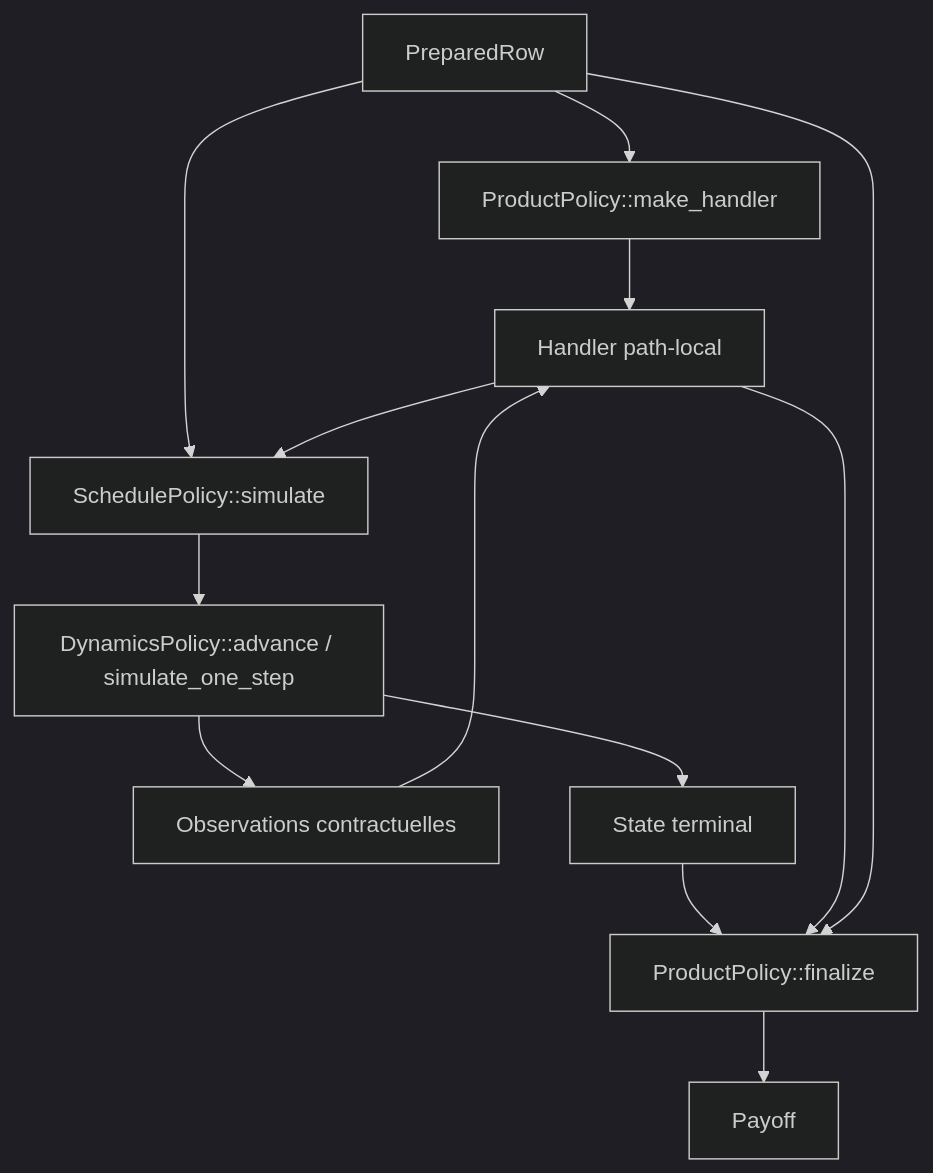
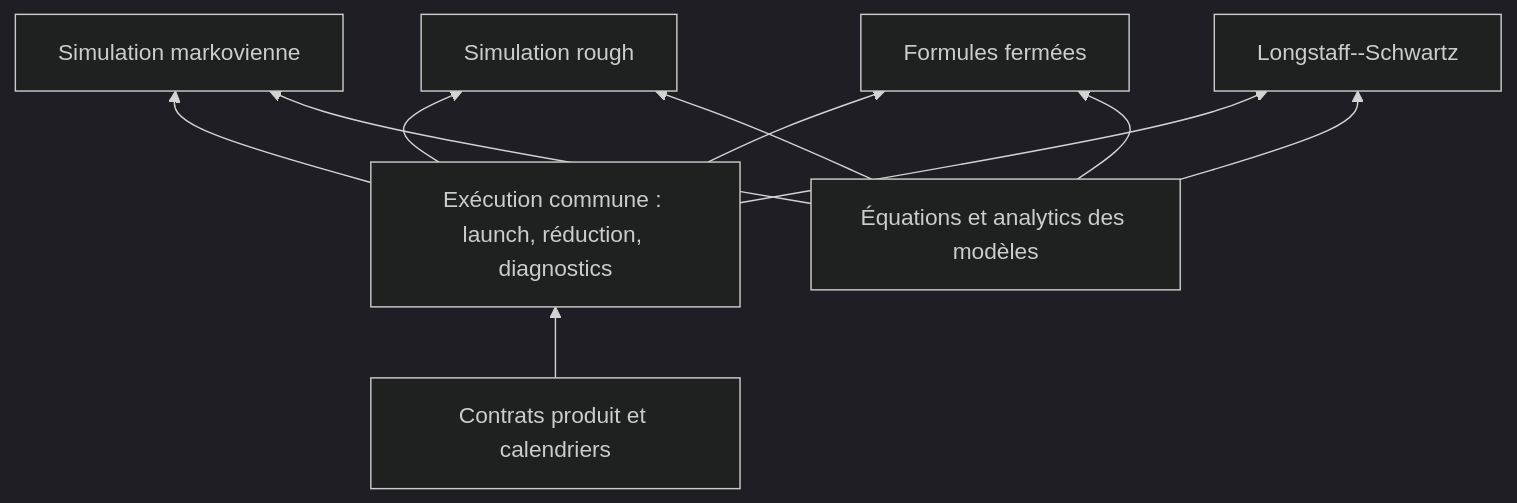
The first of 3 diagrams in docs/cuda/pricing-policy-composition.md (AurelienGrenard/AI_factory), drawn with Mermaid (dark theme) before and after one commit. The commit also changed other lines of this file and 2469 other files, not shown here.

````diff
--- a/docs/cuda/pricing-policy-composition.md
+++ b/docs/cuda/pricing-policy-composition.md
@@ -460,15 +18,20 @@
 ```mermaid
-flowchart TD
-    ROW[PreparedRow] --> H[ProductPolicy::make_handler]
-    H --> HANDLER[Handler path-local]
-    ROW --> SIM[SchedulePolicy::simulate]
-    HANDLER --> SIM
-    SIM --> LOOP[DynamicsPolicy::advance / simulate_one_step]
-    LOOP --> OBS[Observations contractuelles]
-    OBS --> HANDLER
-    LOOP --> TERMINAL[State terminal]
-    TERMINAL --> FINAL[ProductPolicy::finalize]
-    HANDLER --> FINAL
-    ROW --> FINAL
-    FINAL --> PAYOFF[Payoff]
+flowchart BT
+    PRODUCT[Contrats produit et calendriers]
+    EXEC[Exécution commune : launch, réduction, diagnostics]
+    MARKOV[Simulation markovienne]
+    ROUGH[Simulation rough]
+    CLOSED[Formules fermées]
+    LSM[Longstaff--Schwartz]
+    MODELS[Équations et analytics des modèles]
+
+    PRODUCT --> EXEC
+    EXEC --> MARKOV
+    EXEC --> ROUGH
+    EXEC --> CLOSED
+    EXEC --> LSM
+    MODELS --> MARKOV
+    MODELS --> ROUGH
+    MODELS --> CLOSED
+    MODELS --> LSM
 ```
````
